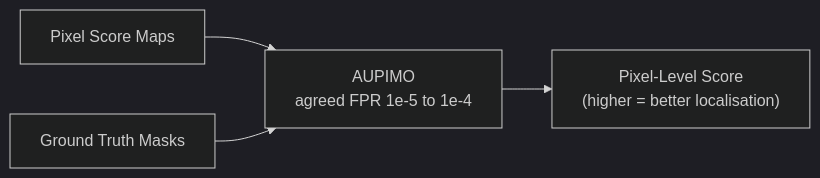
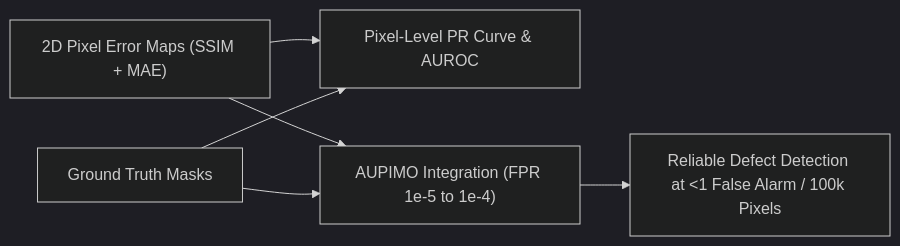
Before and after one commit to foersben/industrial-component-anomaly-detection: the second of 2 diagrams in docs/data_science/keras_cae_inference.md, drawn with Mermaid (dark theme). The commit also changed other lines of this file and 26 other files, not shown here.

````diff
--- a/docs/data_science/keras_cae_inference.md
+++ b/docs/data_science/keras_cae_inference.md
@@ -218,6 +225,8 @@
 ```mermaid
 graph LR
-    MAPS["Pixel Score Maps"] --> AUPIMO["AUPIMO\nagreed FPR 1e-5 to 1e-4"]
-    MASKS["Ground Truth Masks"] --> AUPIMO
-    AUPIMO --> SCORE["Pixel-Level Score\n(higher = better localisation)"]
+    PError["2D Pixel Error Maps (SSIM + MAE)"] --> PixelPR["Pixel-Level PR Curve & AUROC"]
+    GTMasks["Ground Truth Masks"] --> PixelPR
+    PError --> AUPIMO["AUPIMO Integration (FPR 1e-5 to 1e-4)"]
+    GTMasks --> AUPIMO
+    AUPIMO --> PScore["Reliable Defect Detection at <1 False Alarm / 100k Pixels"]
 ```
````
